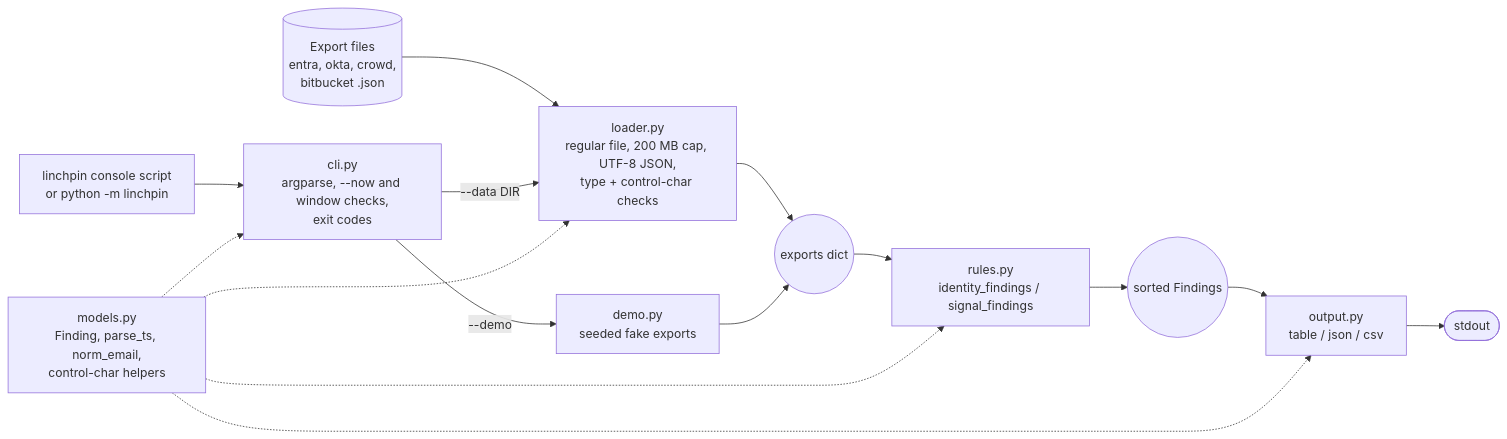
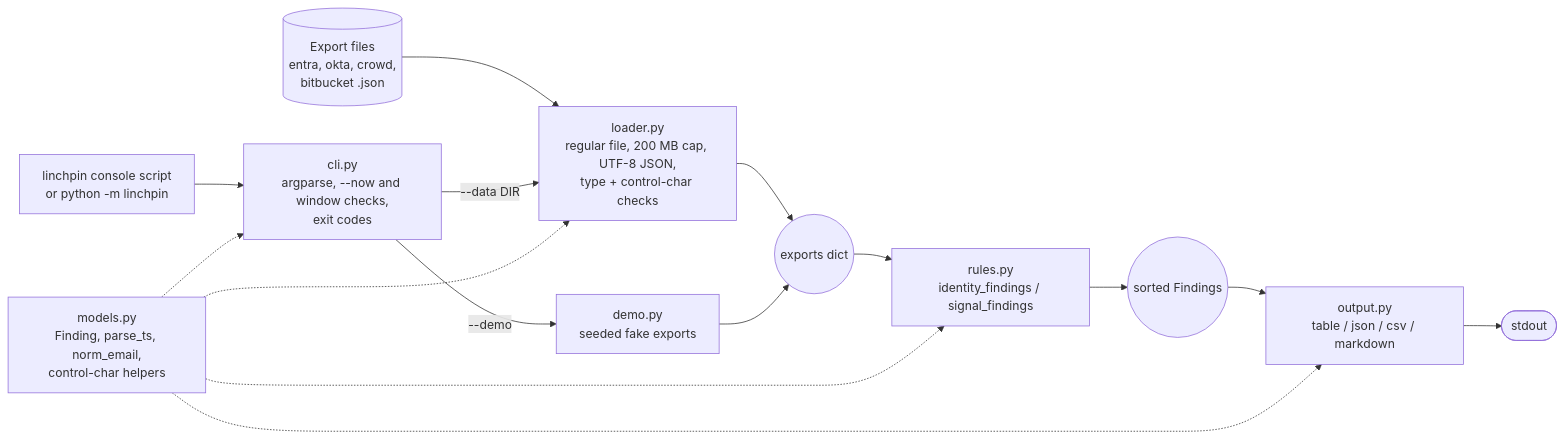
The diagram in README.md (chriswayneh/linchpin), drawn with Mermaid before and after one commit. The commit also changed other lines of this file and 11 other files, not shown here.

````diff
--- a/README.md
+++ b/README.md
@@ -152,21 +166,21 @@
 ```mermaid
 flowchart LR
     entry["linchpin console script<br/>or python -m linchpin"] --> cli
     cli["cli.py<br/>argparse, --now and window checks,<br/>exit codes"]
     files[("Export files<br/>entra, okta, crowd,<br/>bitbucket .json")] --> loader
     cli -->|"--data DIR"| loader
     cli -->|"--demo"| demo
     loader["loader.py<br/>regular file, 200 MB cap, UTF-8 JSON,<br/>type + control-char checks"]
     demo["demo.py<br/>seeded fake exports"]
     loader --> data(("exports dict"))
     demo --> data
     data --> rules["rules.py<br/>identity_findings / signal_findings"]
     rules --> findings(("sorted Findings"))
-    findings --> output["output.py<br/>table / json / csv"]
+    findings --> output["output.py<br/>table / json / csv / markdown"]
     output --> stdout(["stdout"])
     models["models.py<br/>Finding, parse_ts, norm_email,<br/>control-char helpers"]
     models -.-> cli
     models -.-> loader
     models -.-> rules
     models -.-> output
 ```
````
